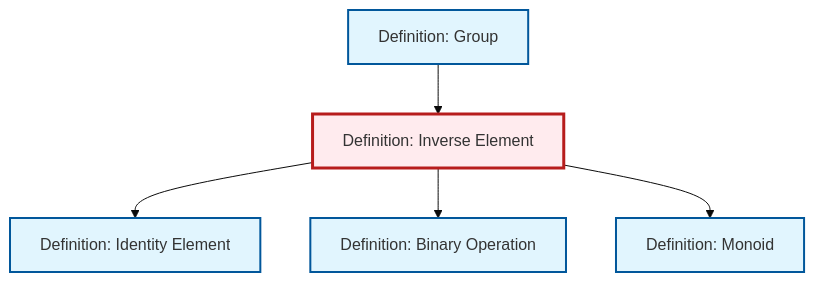
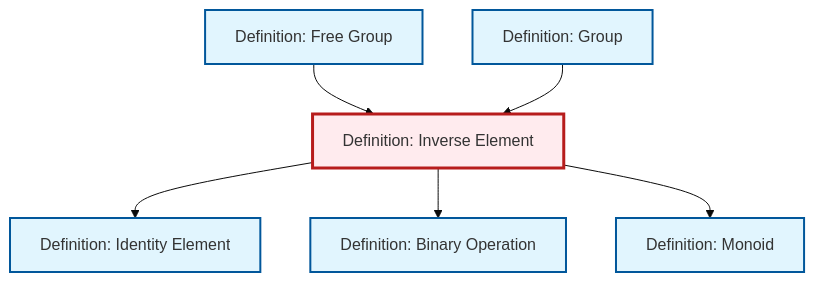
The diagram in output/mermaid/en/def-inverse-element.mermaid (RK0429/ModernMath), drawn with Mermaid (base theme) before and after one commit. The commit also changed 1012 other files, not shown here.

```diff
--- a/output/mermaid/en/def-inverse-element.mermaid
+++ b/output/mermaid/en/def-inverse-element.mermaid
@@ -1,17 +1,19 @@
 %%| fig-cap: "Local dependency graph"
 graph TD
     classDef definition fill:#e1f5fe,stroke:#01579b,stroke-width:2px
     classDef theorem fill:#f3e5f5,stroke:#4a148c,stroke-width:2px
     classDef axiom fill:#fff3e0,stroke:#e65100,stroke-width:2px
     classDef example fill:#e8f5e9,stroke:#1b5e20,stroke-width:2px
     classDef current fill:#ffebee,stroke:#b71c1c,stroke-width:3px
+    def-identity-element["Definition: Identity Element"]:::definition
     def-binary-operation["Definition: Binary Operation"]:::definition
     def-inverse-element["Definition: Inverse Element"]:::definition
+    def-free-group["Definition: Free Group"]:::definition
+    def-monoid["Definition: Monoid"]:::definition
     def-group["Definition: Group"]:::definition
-    def-monoid["Definition: Monoid"]:::definition
-    def-identity-element["Definition: Identity Element"]:::definition
     def-inverse-element --> def-identity-element
+    def-free-group --> def-inverse-element
     def-inverse-element --> def-binary-operation
+    def-inverse-element --> def-monoid
     def-group --> def-inverse-element
-    def-inverse-element --> def-monoid
     class def-inverse-element current
```
